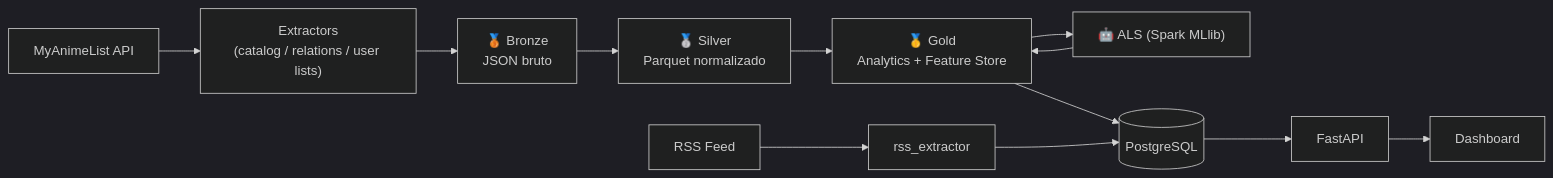
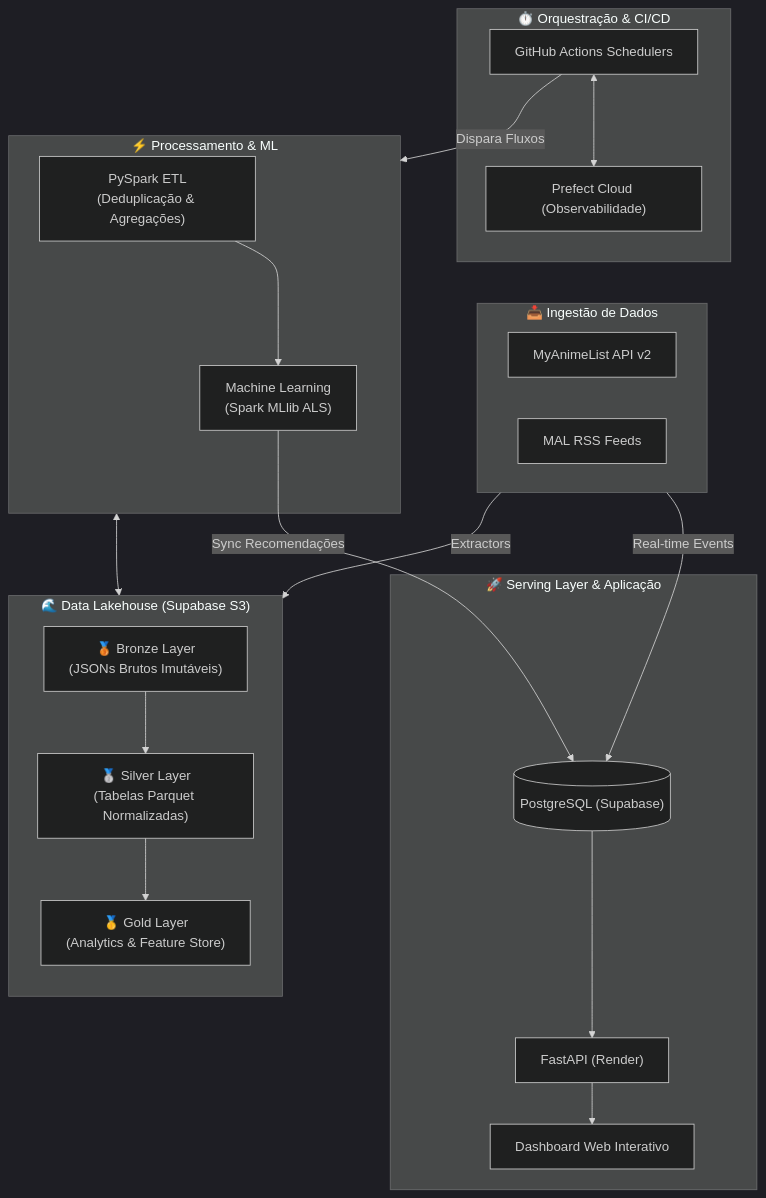
One commit to MatheusFrate/AniMind changed the diagram in README.md. Above: the diagram before and after it, drawn with Mermaid (dark theme). The commit also changed other lines of this file, not shown here.

````diff
--- a/README.md
+++ b/README.md
@@ -13,14 +23,40 @@
 ```mermaid
-flowchart LR
-    MAL["MyAnimeList API"] --> EXT["Extractors<br/>(catalog / relations / user lists)"]
-    RSS["RSS Feed"] --> RSSX["rss_extractor"]
-    EXT --> B["🥉 Bronze<br/>JSON bruto"]
-    B --> S["🥈 Silver<br/>Parquet normalizado"]
-    S --> G["🥇 Gold<br/>Analytics + Feature Store"]
-    G --> ML["🤖 ALS (Spark MLlib)"]
-    ML --> G
-    G --> PG[("PostgreSQL")]
-    RSSX --> PG
-    PG --> API["FastAPI"]
-    API --> UI["Dashboard"]
+flowchart TD
+    subgraph INGESTION ["📥 Ingestão de Dados"]
+        MAL["MyAnimeList API v2"]
+        RSS["MAL RSS Feeds"]
+    end
+
+    subgraph ORCHESTRATION ["⏱️ Orquestração & CI/CD"]
+        GHA["GitHub Actions Schedulers"]
+        PREFECT["Prefect Cloud (Observabilidade)"]
+        GHA <--> PREFECT
+    end
+
+    subgraph LAKEHOUSE ["🌊 Data Lakehouse (Supabase S3)"]
+        direction TB
+        B["🥉 Bronze Layer<br/>(JSONs Brutos Imutáveis)"]
+        S["🥈 Silver Layer<br/>(Tabelas Parquet Normalizadas)"]
+        G["🥇 Gold Layer<br/>(Analytics & Feature Store)"]
+        B --> S --> G
+    end
+
+    subgraph COMPUTE ["⚡ Processamento & ML"]
+        SPARK["PySpark ETL<br/>(Deduplicação & Agregações)"]
+        ALS["Machine Learning<br/>(Spark MLlib ALS)"]
+        SPARK --> ALS
+    end
+
+    subgraph SERVING ["🚀 Serving Layer & Aplicação"]
+        PG[("PostgreSQL (Supabase)")]
+        API["FastAPI (Render)"]
+        UI["Dashboard Web Interativo"]
+        PG --> API --> UI
+    end
+
+    INGESTION -->|Extractors| B
+    INGESTION -->|Real-time Events| PG
+    GHA -->|Dispara Fluxos| COMPUTE
+    COMPUTE <--> LAKEHOUSE
+    ALS -->|Sync Recomendações| PG
 ```
````
